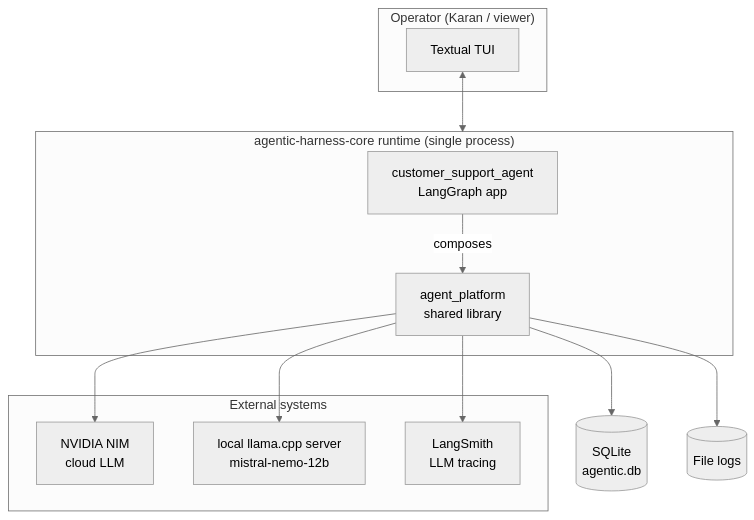
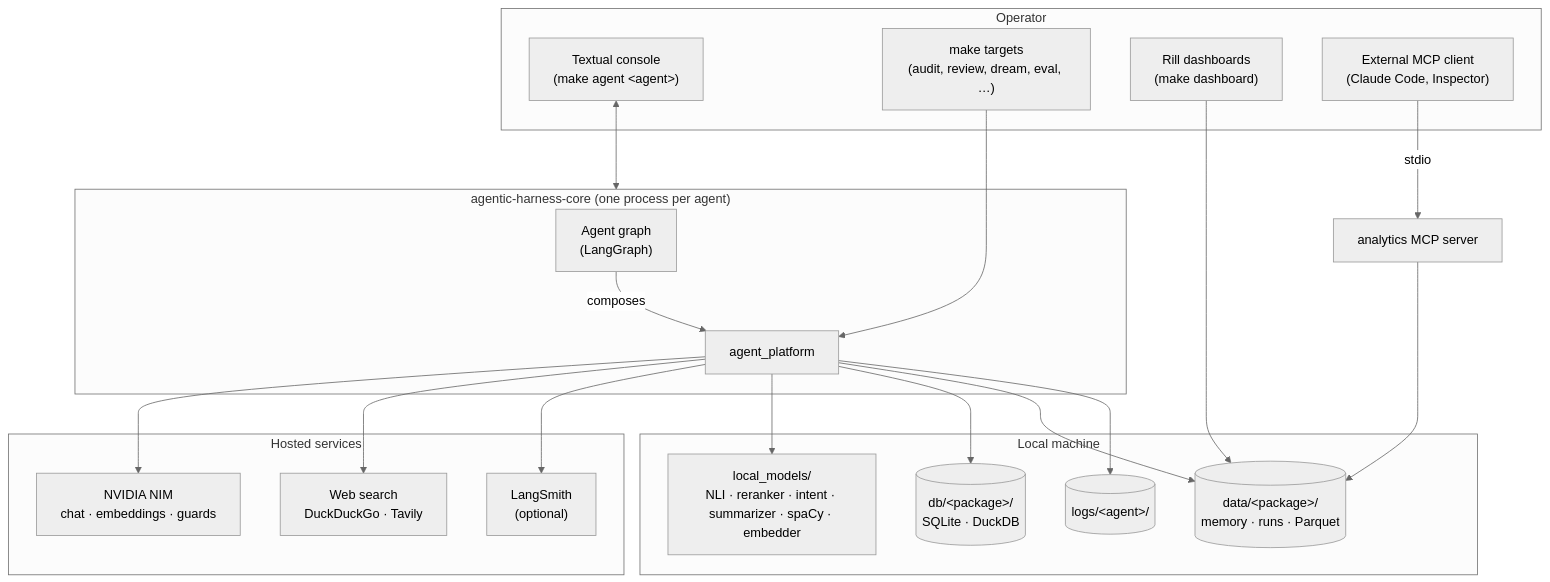
Before and after one commit to RoboSathi/agentic-ai-series: the first of 11 diagrams in design_docs/HLD.md, drawn with Mermaid (neutral theme). The commit also changed other lines of this file and 844 other files, not shown here.

Commit message:
refactor: Refactor agent_platform, data, db files, update design docs, and README.md.

````diff
--- a/design_docs/HLD.md
+++ b/design_docs/HLD.md
@@ -32,28 +27,37 @@
 ```mermaid
 flowchart TB
-    subgraph Operator["Operator (Karan / viewer)"]
-        TUI[Textual TUI]
+    subgraph Operator
+        TUI["Textual console<br/>(make agent &lt;agent&gt;)"]
+        MAKE["make targets<br/>(audit, review, dream, eval, …)"]
+        RILL["Rill dashboards<br/>(make dashboard)"]
+        EXT["External MCP client<br/>(Claude Code, Inspector)"]
     end
-
-    subgraph Runtime["agentic-harness-core runtime (single process)"]
-        CSA[customer_support_agent<br/>LangGraph app]
-        AC[agent_platform<br/>shared library]
-        CSA -->|composes| AC
+    subgraph Runtime["agentic-harness-core (one process per agent)"]
+        AGENT["Agent graph<br/>(LangGraph)"]
+        AP["agent_platform"]
+        AGENT -->|composes| AP
     end
-
-    subgraph External["External systems"]
-        NIM[NVIDIA NIM<br/>cloud LLM]
-        LOCAL[local llama.cpp server<br/>mistral-nemo-12b]
-        LS[LangSmith<br/>LLM tracing]
+    subgraph Hosted["Hosted services"]
+        NIM["NVIDIA NIM<br/>chat · embeddings · guards"]
+        WEB["Web search<br/>DuckDuckGo · Tavily"]
+        LS["LangSmith<br/>(optional)"]
     end
-
-    DB[(SQLite<br/>agentic.db)]
-    LOGS[(File logs)]
-
+    subgraph Local["Local machine"]
+        LM["local_models/<br/>NLI · reranker · intent · summarizer · spaCy · embedder"]
+        DB[("db/&lt;package&gt;/<br/>SQLite · DuckDB")]
+        DATA[("data/&lt;package&gt;/<br/>memory · runs · Parquet")]
+        LOGS[("logs/&lt;agent&gt;/")]
+    end
     TUI <--> Runtime
-    AC --> NIM
-    AC --> LOCAL
-    AC --> LS
-    AC --> DB
-    AC --> LOGS
+    MAKE --> AP
+    AP --> NIM
+    AP --> WEB
+    AP --> LS
+    AP --> LM
+    AP --> DB
+    AP --> DATA
+    AP --> LOGS
+    RILL --> DATA
+    EXT -->|stdio| MCP["analytics MCP server"]
+    MCP --> DATA
 ```
````
